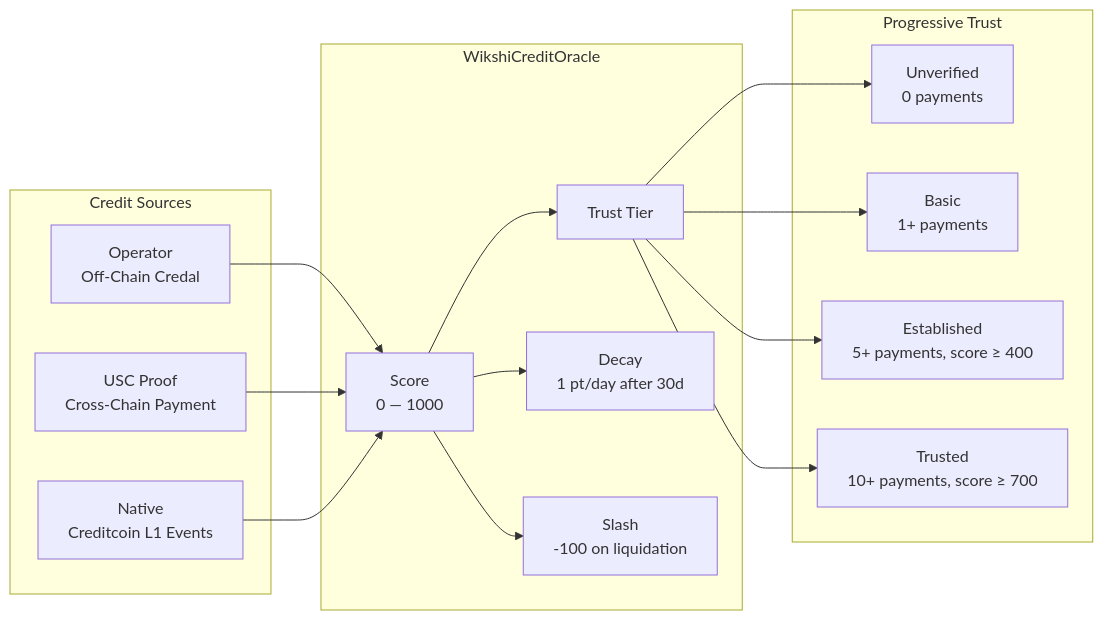
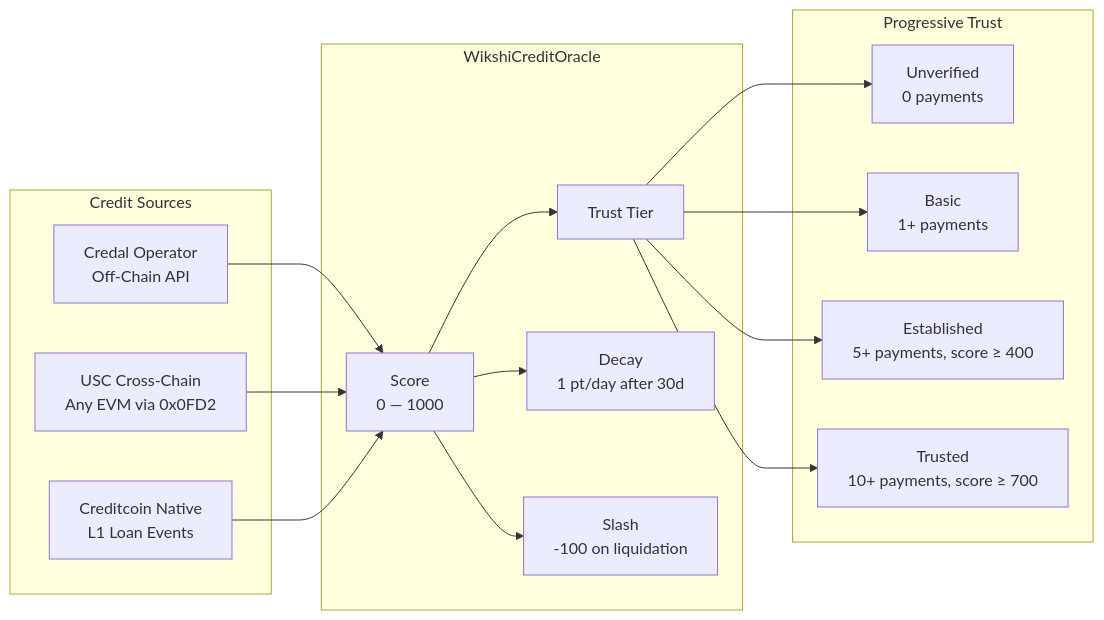
The third of 4 diagrams in README.md (Miny-Labs/wikshi), drawn with Mermaid before and after one commit. The commit also changed other lines of this file, not shown here.

Commit message:
README: full Creditcoin integration depth across all sections

````diff
--- a/README.md
+++ b/README.md
@@ -123,34 +130,34 @@
 ```mermaid
 graph LR
     subgraph Sources["Credit Sources"]
-        OP[Operator<br/>Off-Chain Credal]
-        USC_P[USC Proof<br/>Cross-Chain Payment]
-        NAT[Native<br/>Creditcoin L1 Events]
+        OP[Credal Operator<br/>Off-Chain API]
+        USC_P[USC Cross-Chain<br/>Any EVM via 0x0FD2]
+        NAT[Creditcoin Native<br/>L1 Loan Events]
     end
 
     subgraph Oracle["WikshiCreditOracle"]
         SC[Score<br/>0 — 1000]
         TT[Trust Tier]
         DC[Decay<br/>1 pt/day after 30d]
         SL[Slash<br/>-100 on liquidation]
     end
 
     subgraph Tiers["Progressive Trust"]
         T0[Unverified<br/>0 payments]
         T1[Basic<br/>1+ payments]
         T2[Established<br/>5+ payments, score ≥ 400]
         T3[Trusted<br/>10+ payments, score ≥ 700]
     end
 
     OP --> SC
     USC_P --> SC
     NAT --> SC
     SC --> TT
     SC --> DC
     SC --> SL
 
     TT --> T0
     TT --> T1
     TT --> T2
     TT --> T3
 ```
````
